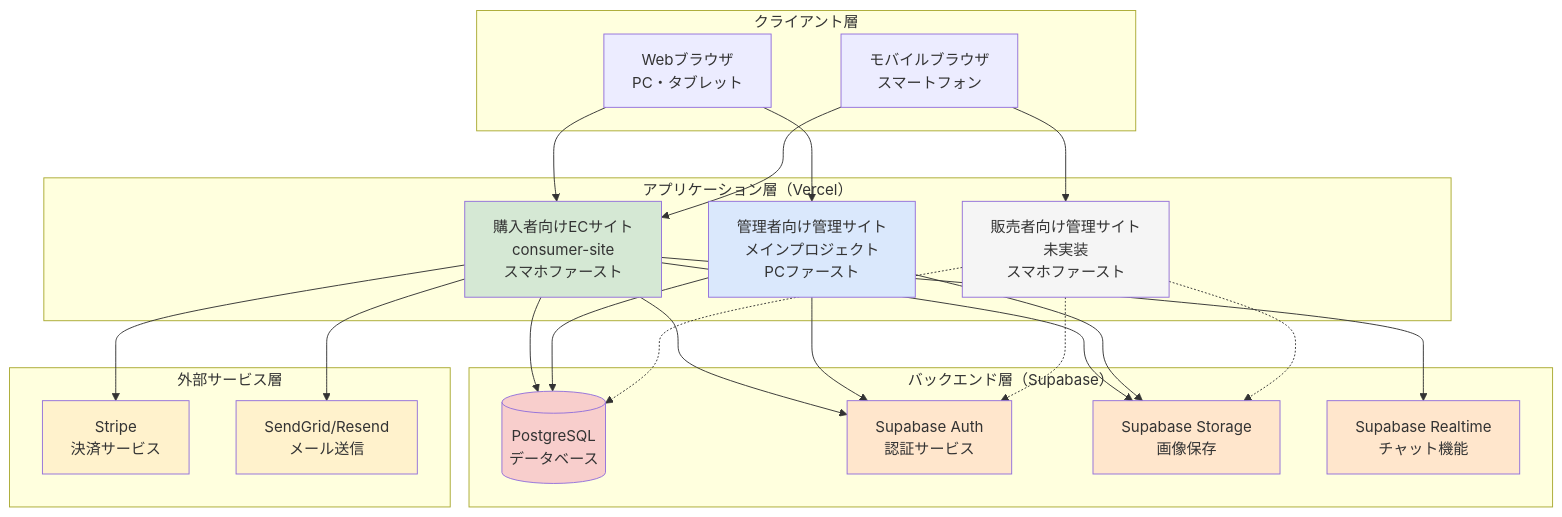
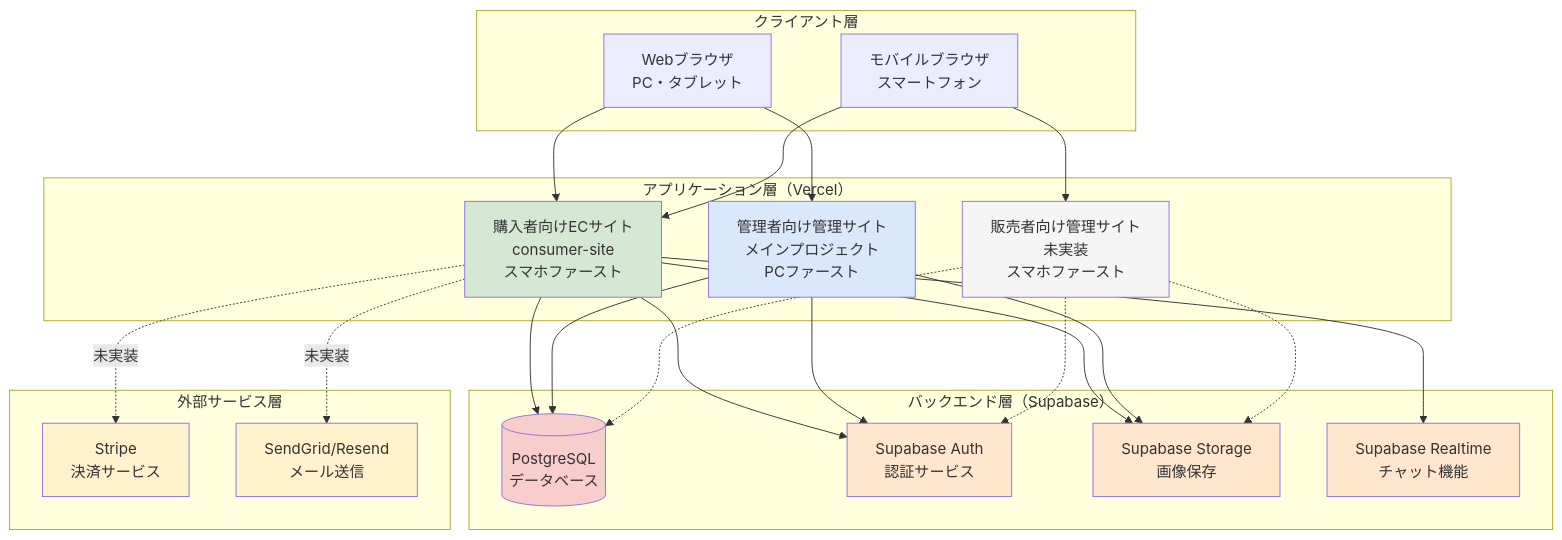
The first of 16 diagrams in docs/architecture-diagrams.md (yasu-dev/tts-v1), drawn with Mermaid before and after one commit. The commit also changed other lines of this file and 31 other files, not shown here.

````diff
--- a/docs/architecture-diagrams.md
+++ b/docs/architecture-diagrams.md
@@ -19,55 +19,55 @@
 ```mermaid
 graph TB
     subgraph "クライアント層"
         WEB[Webブラウザ<br/>PC・タブレット]
         MOBILE[モバイルブラウザ<br/>スマートフォン]
     end
 
     subgraph "アプリケーション層（Vercel）"
         CONSUMER[購入者向けECサイト<br/>consumer-site<br/>スマホファースト]
         ADMIN[管理者向け管理サイト<br/>メインプロジェクト<br/>PCファースト]
         SELLER[販売者向け管理サイト<br/>未実装<br/>スマホファースト]
     end
 
     subgraph "バックエンド層（Supabase）"
         DB[(PostgreSQL<br/>データベース)]
         AUTH[Supabase Auth<br/>認証サービス]
         STORAGE[Supabase Storage<br/>画像保存]
         REALTIME[Supabase Realtime<br/>チャット機能]
     end
 
     subgraph "外部サービス層"
         STRIPE[Stripe<br/>決済サービス]
         EMAIL[SendGrid/Resend<br/>メール送信]
     end
 
     WEB --> CONSUMER
     WEB --> ADMIN
     MOBILE --> CONSUMER
     MOBILE --> SELLER
 
     CONSUMER --> DB
     CONSUMER --> AUTH
     CONSUMER --> STORAGE
     CONSUMER --> REALTIME
-    CONSUMER --> STRIPE
-    CONSUMER --> EMAIL
+    CONSUMER -.->|未実装| STRIPE
+    CONSUMER -.->|未実装| EMAIL
 
     ADMIN --> DB
     ADMIN --> AUTH
     ADMIN --> STORAGE
 
     SELLER -.-> DB
     SELLER -.-> AUTH
     SELLER -.-> STORAGE
 
     style CONSUMER fill:#d5e8d4
     style ADMIN fill:#dae8fc
     style SELLER fill:#f5f5f5
     style DB fill:#f8cecc
     style AUTH fill:#ffe6cc
     style STORAGE fill:#ffe6cc
     style REALTIME fill:#ffe6cc
     style STRIPE fill:#fff2cc
     style EMAIL fill:#fff2cc
 ```
````
